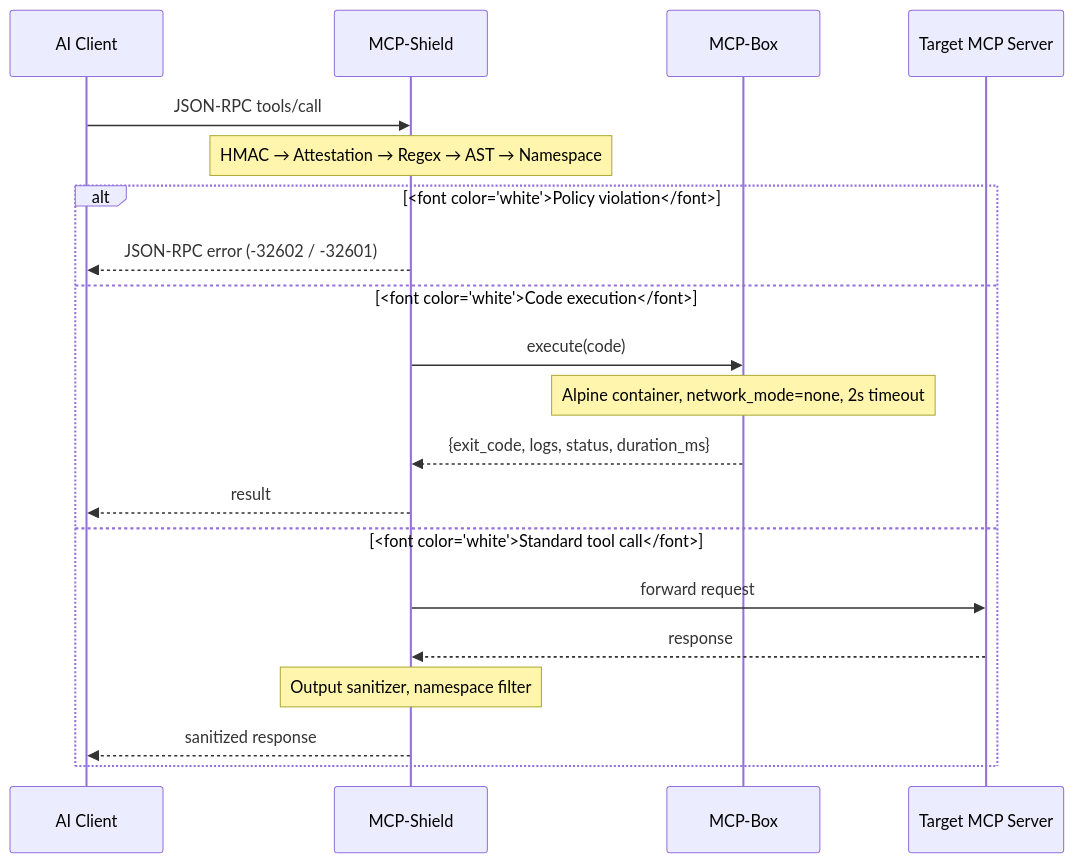
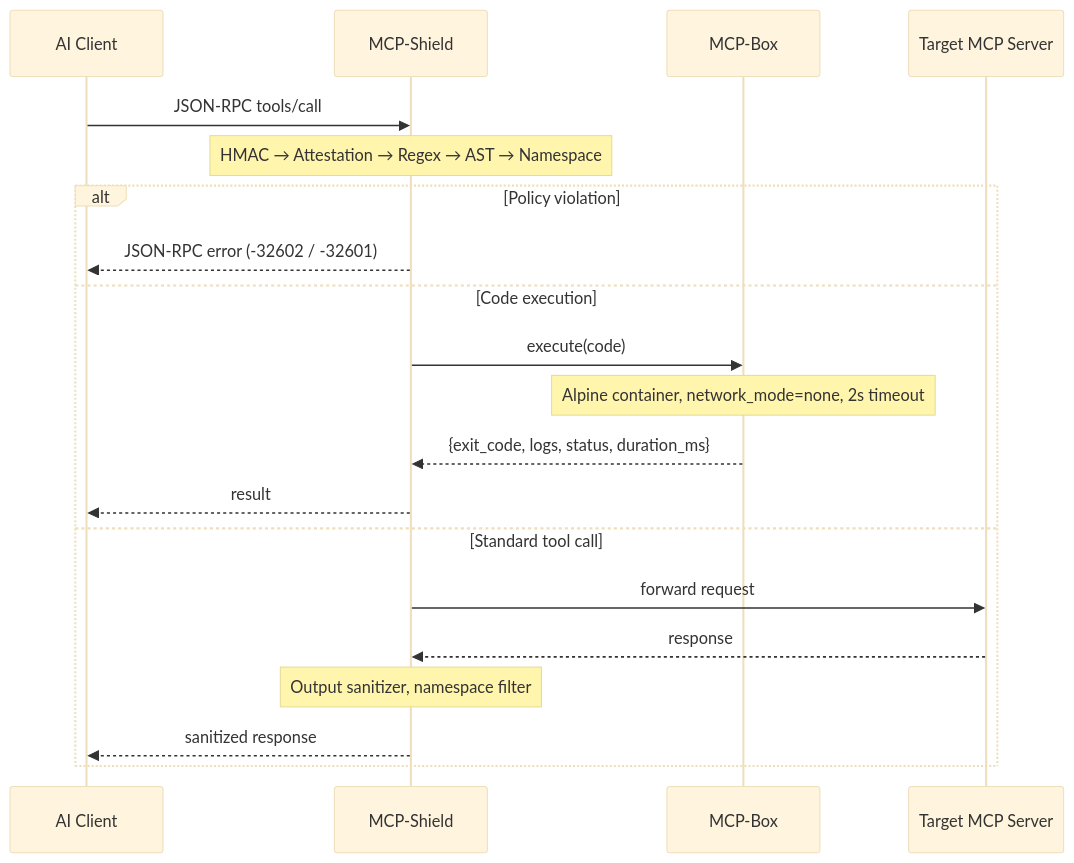
One commit to rishitnanda/mcp_secure changed the diagram in docs/architecture.md. Above: the diagram before and after it, drawn with Mermaid. The commit also changed 6 other files, not shown here.

````diff
--- a/docs/architecture.md
+++ b/docs/architecture.md
@@ -11,23 +11,24 @@
 ```mermaid
+%%{init: {'theme': 'base', 'themeVariables': {'loopTextColor': 'var(--md-default-fg-color)'}}}%%
 sequenceDiagram
     participant Client as AI Client
     participant Shield as MCP-Shield
     participant Sandbox as MCP-Box
     participant Server as Target MCP Server
 
     Client->>Shield: JSON-RPC tools/call
     Note over Shield: HMAC → Attestation → Regex → AST → Namespace
-    alt <font color="white">Policy violation</font>
+    alt Policy violation
         Shield-->>Client: JSON-RPC error (-32602 / -32601)
-    else <font color="white">Code execution</font>
+    else Code execution
         Shield->>Sandbox: execute(code)
         Note over Sandbox: Alpine container, network_mode=none, 2s timeout
         Sandbox-->>Shield: {exit_code, logs, status, duration_ms}
         Shield-->>Client: result
-    else <font color="white">Standard tool call</font>
+    else Standard tool call
         Shield->>Server: forward request
         Server-->>Shield: response
         Note over Shield: Output sanitizer, namespace filter
         Shield-->>Client: sanitized response
     end
 ```
````
